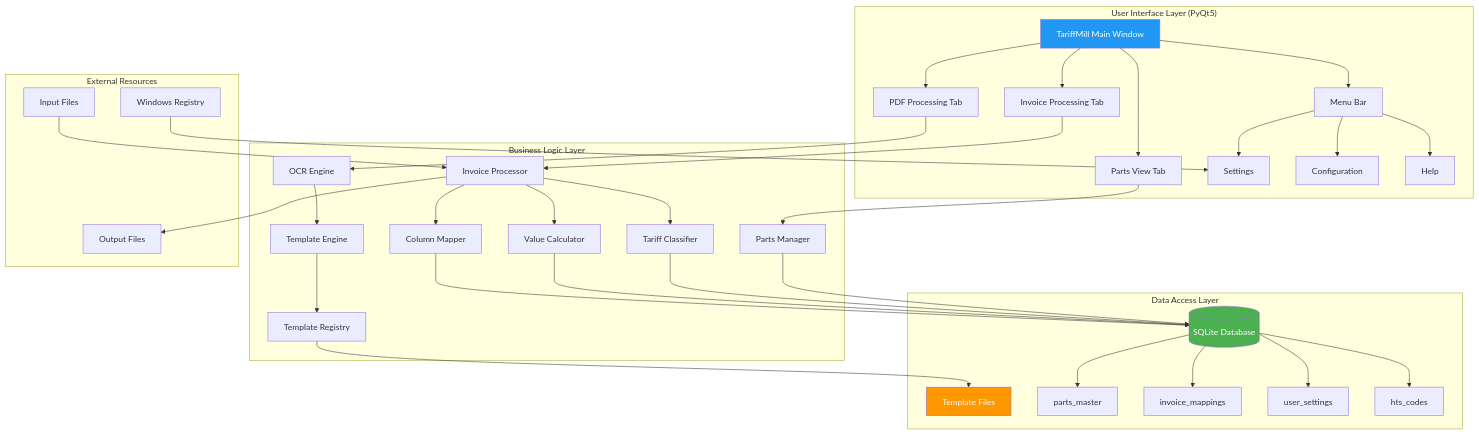
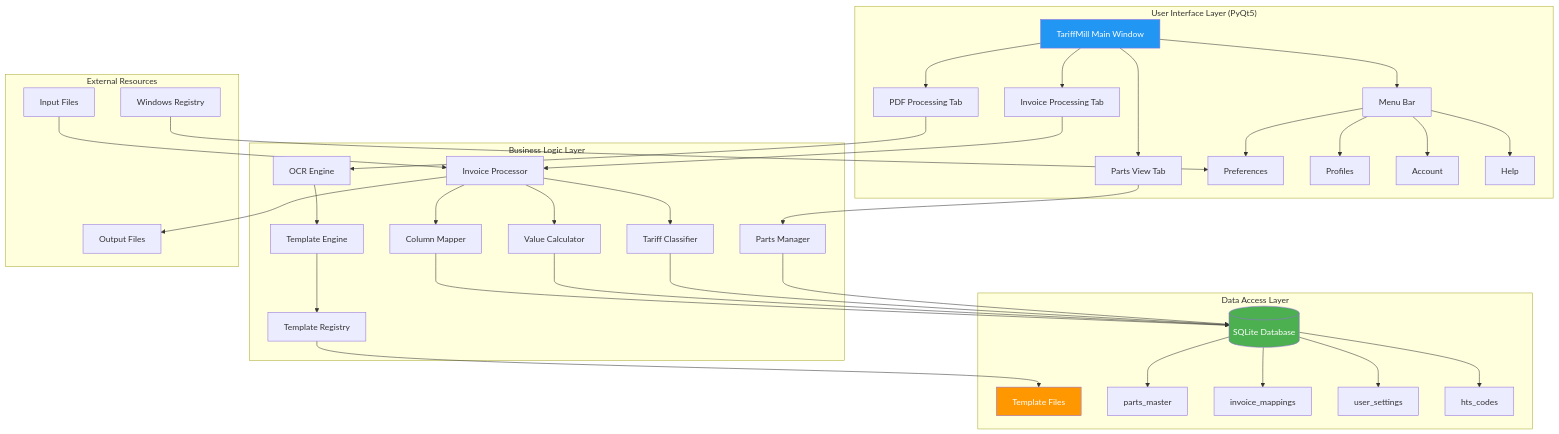
One commit to royalpayne/DerivativeMill changed the first of 2 diagrams in docs/flowcharts/05_application_architecture.md. Above: the diagram before and after it, drawn with Mermaid. The commit also changed other lines of this file and 4 other files, not shown here.

````diff
--- a/docs/flowcharts/05_application_architecture.md
+++ b/docs/flowcharts/05_application_architecture.md
@@ -5,49 +5,50 @@
 ```mermaid
 flowchart TD
     subgraph UI["User Interface Layer (PyQt5)"]
         A[TariffMill Main Window]
         A --> B[Invoice Processing Tab]
         A --> C[PDF Processing Tab]
         A --> D[Parts View Tab]
         A --> E[Menu Bar]
-        E --> F[Settings]
-        E --> G[Configuration]
-        E --> H[Help]
+        E --> F[Preferences]
+        E --> G[Profiles]
+        E --> H[Account]
+        E --> I2[Help]
     end
 
     subgraph Business["Business Logic Layer"]
         B --> I[Invoice Processor]
         C --> J[OCR Engine]
         D --> K[Parts Manager]
 
         I --> L[Column Mapper]
         I --> M[Value Calculator]
         I --> N[Tariff Classifier]
 
         J --> O[Template Engine]
         O --> P[Template Registry]
     end
 
     subgraph Data["Data Access Layer"]
         L --> Q[(SQLite Database)]
         M --> Q
         N --> Q
         K --> Q
         P --> R[Template Files]
 
         Q --> S[parts_master]
         Q --> T[invoice_mappings]
         Q --> U[user_settings]
         Q --> V[hts_codes]
     end
 
     subgraph External["External Resources"]
         W[Input Files] --> I
         I --> X[Output Files]
         Y[Windows Registry] --> F
     end
 
     style A fill:#2196F3,color:#fff
     style Q fill:#4CAF50,color:#fff
     style R fill:#FF9800,color:#fff
 ```
````
